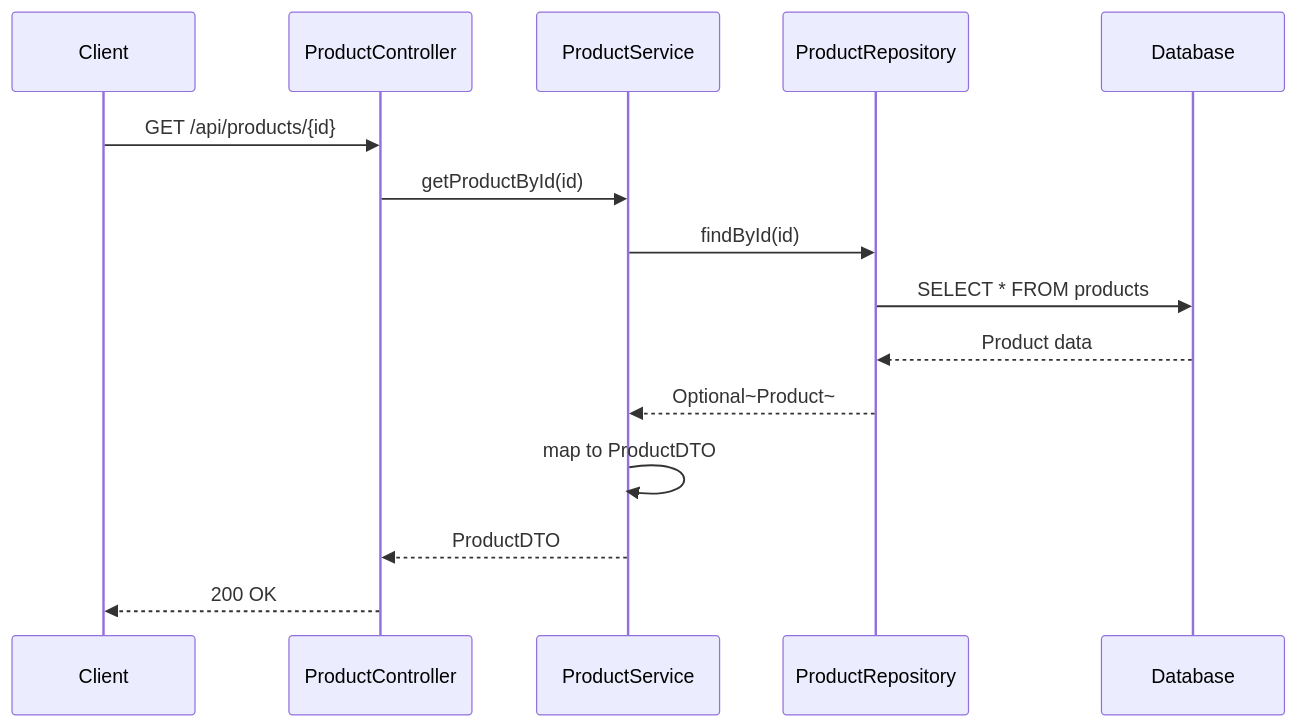
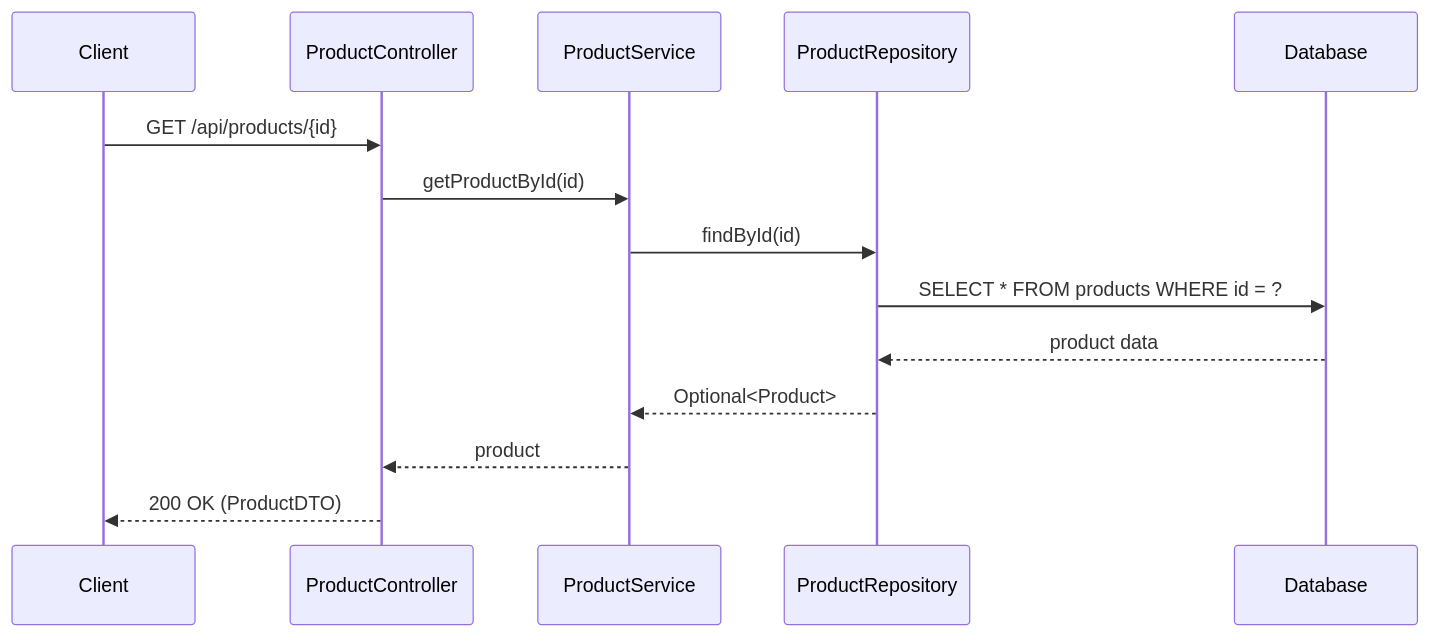
The fourth of 13 diagrams in docs/LLD/modified_lld.md (NavneetBN47/aava-ecom-demo), drawn with Mermaid before and after one commit. The commit also changed other lines of this file, not shown here.

````diff
--- a/docs/LLD/modified_lld.md
+++ b/docs/LLD/modified_lld.md
@@ -336,18 +347,17 @@
 ```mermaid
 sequenceDiagram
     participant Client
     participant ProductController
     participant ProductService
     participant ProductRepository
     participant Database
 
     Client->>ProductController: GET /api/products/{id}
     ProductController->>ProductService: getProductById(id)
     ProductService->>ProductRepository: findById(id)
-    ProductRepository->>Database: SELECT * FROM products
-    Database-->>ProductRepository: Product data
-    ProductRepository-->>ProductService: Optional~Product~
-    ProductService->>ProductService: map to ProductDTO
-    ProductService-->>ProductController: ProductDTO
-    ProductController-->>Client: 200 OK
+    ProductRepository->>Database: SELECT * FROM products WHERE id = ?
+    Database-->>ProductRepository: product data
+    ProductRepository-->>ProductService: Optional<Product>
+    ProductService-->>ProductController: product
+    ProductController-->>Client: 200 OK (ProductDTO)
 ```
````
